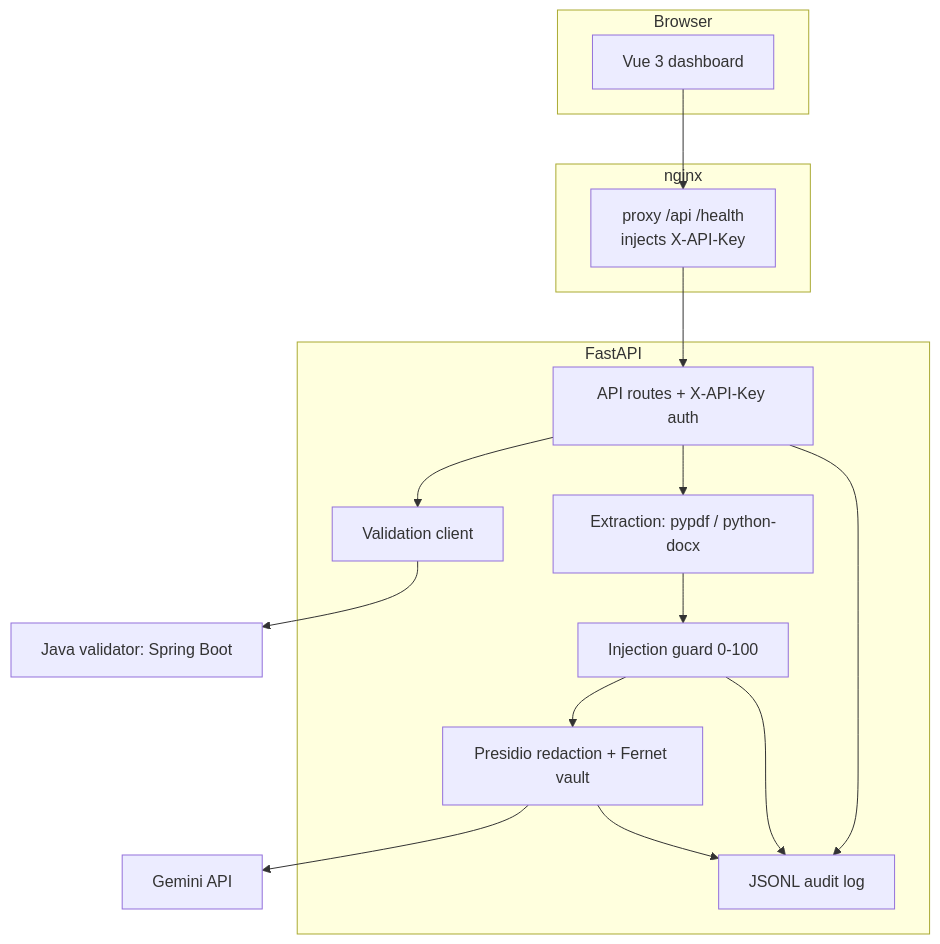
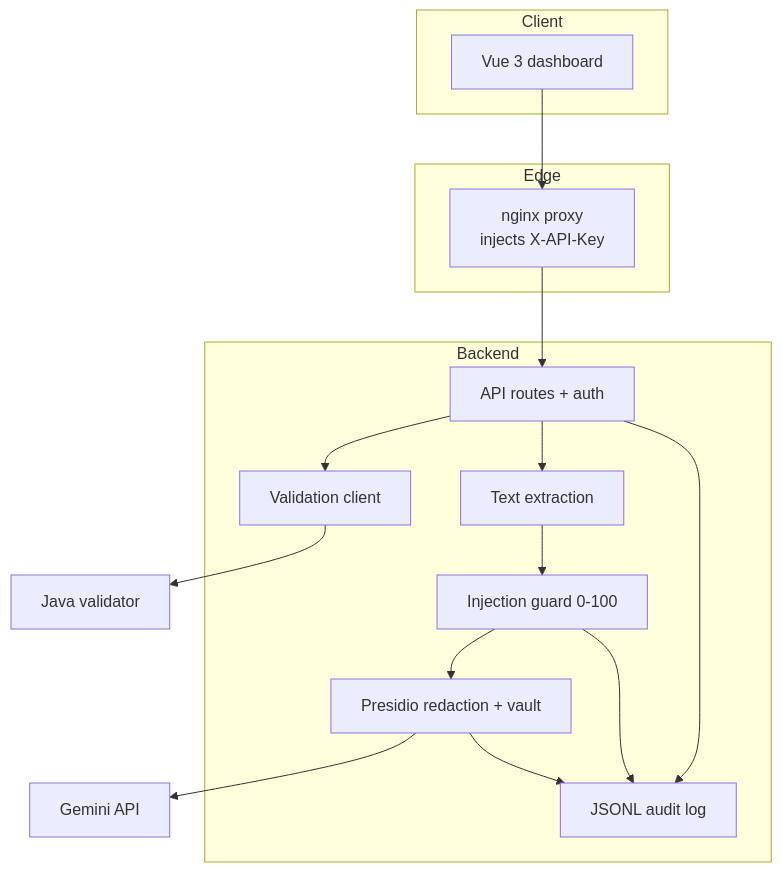
One commit to siliconsagenerd/securedoc-ai changed the second of 2 diagrams in README.md. Above: the diagram before and after it, drawn with Mermaid. The commit also changed other lines of this file, not shown here.

Commit message:
Improve README architecture diagrams

````diff
--- a/README.md
+++ b/README.md
@@ -103,26 +116,26 @@
 ```mermaid
 flowchart TB
-    subgraph client [Browser]
+    subgraph Client
         UI[Vue 3 dashboard]
     end
-    subgraph edge [nginx]
-        NX[proxy /api /health<br/>injects X-API-Key]
+    subgraph Edge
+        NX[nginx proxy<br/>injects X-API-Key]
     end
-    subgraph backend [FastAPI]
-        RT[API routes + X-API-Key auth]
-        EX[Extraction: pypdf / python-docx]
+    subgraph Backend
+        RT[API routes + auth]
+        EX[Text extraction]
         GD[Injection guard 0-100]
-        PI[Presidio redaction + Fernet vault]
+        PI[Presidio redaction + vault]
         AU[JSONL audit log]
         VC[Validation client]
     end
-    VAL[Java validator: Spring Boot]
+    VAL[Java validator]
     LLM[Gemini API]
 
     UI --> NX --> RT
     RT --> VC --> VAL
     RT --> EX --> GD --> PI --> LLM
     GD --> AU
     PI --> AU
     RT --> AU
 ```
````
